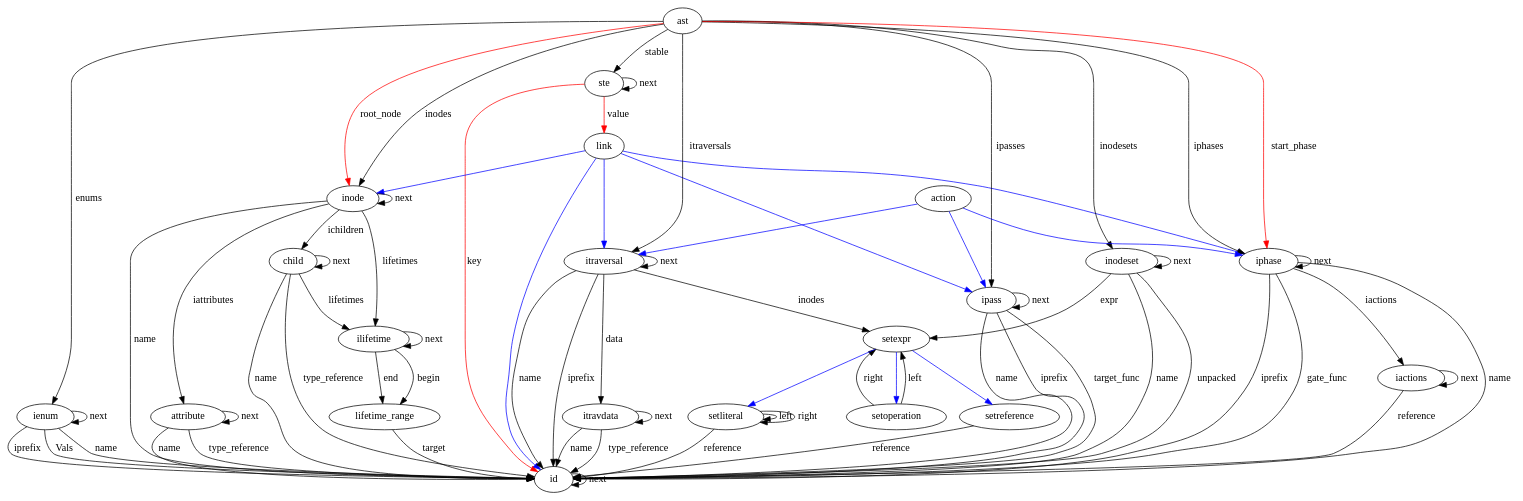
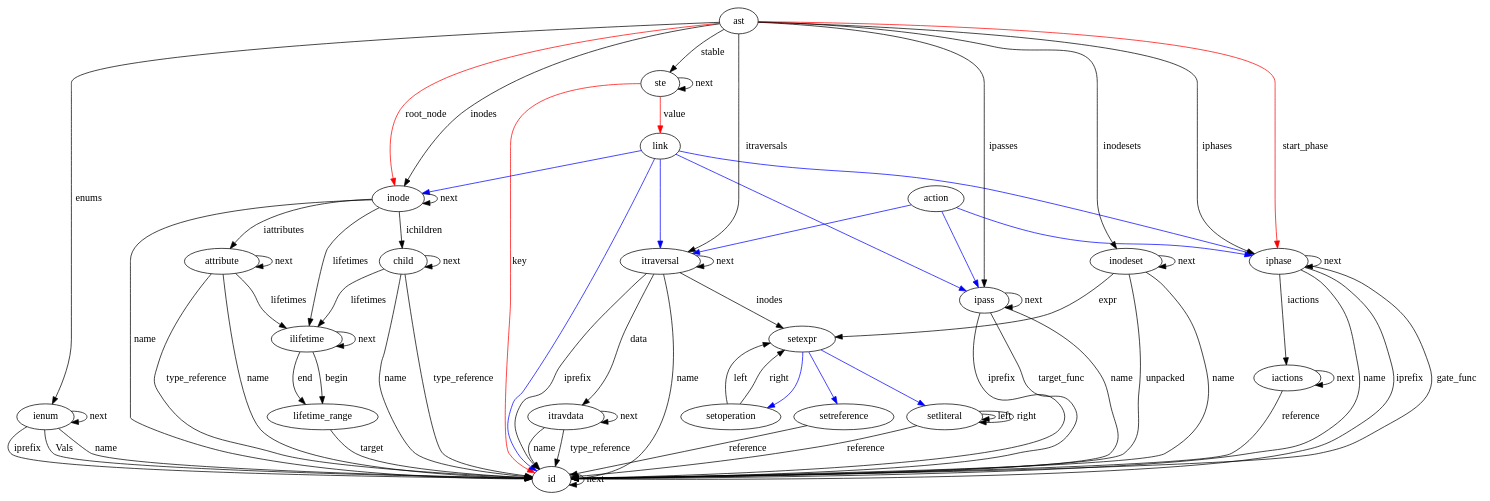
Before and after one commit to CoCoNut-UvA/coconut: the diagram in cocogen/ccngen/ast.dot, drawn with Graphviz. The commit also changed 57 other files, not shown here.

```diff
--- a/cocogen/ccngen/ast.dot
+++ b/cocogen/ccngen/ast.dot
@@ -1,96 +1,97 @@
 digraph Ast {
 id;
 id -> id[label="next"]
 ienum;
 ienum -> id[label="Vals"]
 ienum -> id[label="name"]
 ienum -> id[label="iprefix"]
 ienum -> ienum[label="next"]
 attribute;
 attribute -> id[label="name"]
 attribute -> id[label="type_reference"]
+attribute -> ilifetime[label="lifetimes"]
 attribute -> attribute[label="next"]
 itravdata;
 itravdata -> id[label="name"]
 itravdata -> id[label="type_reference"]
 itravdata -> itravdata[label="next"]
 setoperation;
 setoperation -> setexpr[label="left"]
 setoperation -> setexpr[label="right"]
 setliteral;
 setliteral -> id[label="reference"]
 setliteral -> setliteral[label="left"]
 setliteral -> setliteral[label="right"]
 setreference;
 setreference -> id[label="reference"]
 ste;
 ste -> ste[label="next"]
 ste -> id[color=red, label="key"]
 ste -> link[color=red, label="value"]
 child;
 child -> id[label="name"]
 child -> ilifetime[label="lifetimes"]
 child -> child[label="next"]
 child -> id[label="type_reference"]
 lifetime_range;
 lifetime_range -> id[label="target"]
 ilifetime;
 ilifetime -> lifetime_range[label="begin"]
 ilifetime -> lifetime_range[label="end"]
 ilifetime -> ilifetime[label="next"]
 inodeset;
 inodeset -> id[label="name"]
 inodeset -> setexpr[label="expr"]
 inodeset -> id[label="unpacked"]
 inodeset -> inodeset[label="next"]
 inode;
 inode -> id[label="name"]
 inode -> inode[label="next"]
 inode -> child[label="ichildren"]
 inode -> attribute[label="iattributes"]
 inode -> ilifetime[label="lifetimes"]
 ipass;
 ipass -> id[label="name"]
 ipass -> id[label="iprefix"]
 ipass -> id[label="target_func"]
 ipass -> ipass[label="next"]
 itraversal;
 itraversal -> id[label="name"]
 itraversal -> id[label="iprefix"]
 itraversal -> setexpr[label="inodes"]
 itraversal -> itravdata[label="data"]
 itraversal -> itraversal[label="next"]
 iphase;
 iphase -> id[label="name"]
 iphase -> id[label="iprefix"]
 iphase -> id[label="gate_func"]
 iphase -> iactions[label="iactions"]
 iphase -> iphase[label="next"]
 iactions;
 iactions -> id[label="reference"]
 iactions -> iactions[label="next"]
 ast;
 ast -> iphase[label="iphases"]
 ast -> itraversal[label="itraversals"]
 ast -> ipass[label="ipasses"]
 ast -> inode[label="inodes"]
 ast -> inodeset[label="inodesets"]
 ast -> ienum[label="enums"]
 ast -> ste[label="stable"]
 ast -> inode[color=red, label="root_node"]
 ast -> iphase[color=red, label="start_phase"]
 setexpr;
 setexpr -> setoperation [color=blue]
 setexpr -> setreference [color=blue]
 setexpr -> setliteral [color=blue]
 link;
 link -> iphase [color=blue]
 link -> itraversal [color=blue]
 link -> ipass [color=blue]
 link -> inode [color=blue]
 link -> id [color=blue]
 action;
 action -> iphase [color=blue]
 action -> itraversal [color=blue]
 action -> ipass [color=blue]
 }
```
